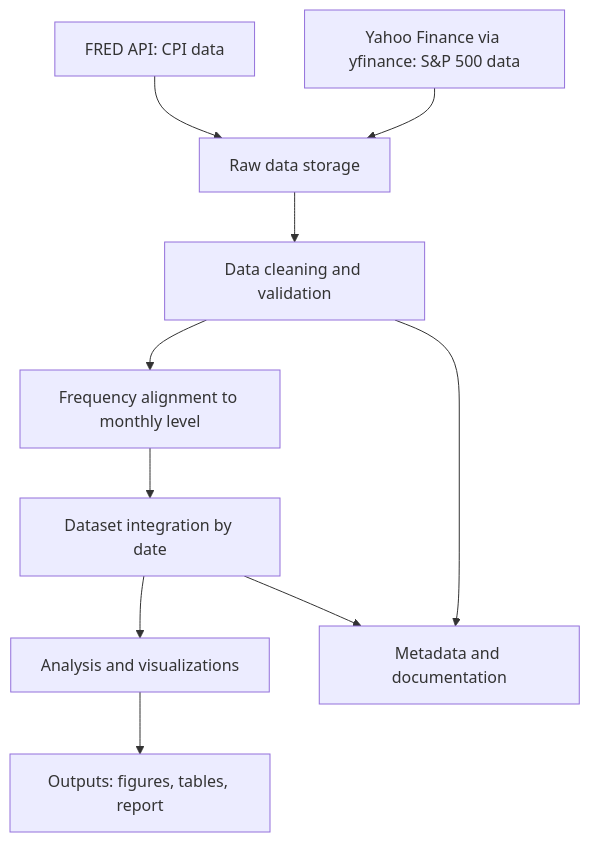
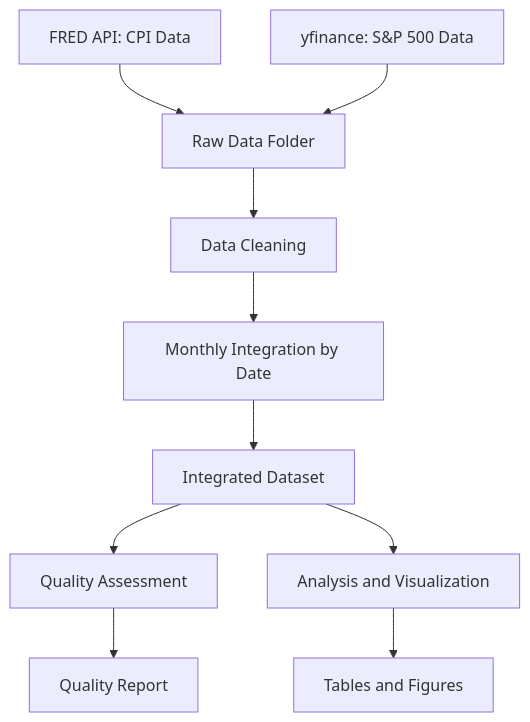
One commit to ishaanb401/is477-project changed the diagram in docs/workflow_diagram.md. Above: the diagram before and after it, drawn with Mermaid. The commit also changed 5 other files, not shown here.

````diff
--- a/docs/workflow_diagram.md
+++ b/docs/workflow_diagram.md
@@ -3,12 +3,12 @@
 ```mermaid
 flowchart TD
-    A[FRED API: CPI data] --> B[Raw data storage]
-    C[Yahoo Finance via yfinance: S&P 500 data] --> B
-    B --> D[Data cleaning and validation]
-    D --> E[Frequency alignment to monthly level]
-    E --> F[Dataset integration by date]
-    F --> G[Analysis and visualizations]
-    G --> H[Outputs: figures, tables, report]
-    D --> I[Metadata and documentation]
-    F --> I
+    A[FRED API: CPI Data] --> C[Raw Data Folder]
+    B[yfinance: S&P 500 Data] --> C
+    C --> D[Data Cleaning]
+    D --> E[Monthly Integration by Date]
+    E --> F[Integrated Dataset]
+    F --> G[Quality Assessment]
+    F --> H[Analysis and Visualization]
+    G --> I[Quality Report]
+    H --> J[Tables and Figures]
 ```
````
